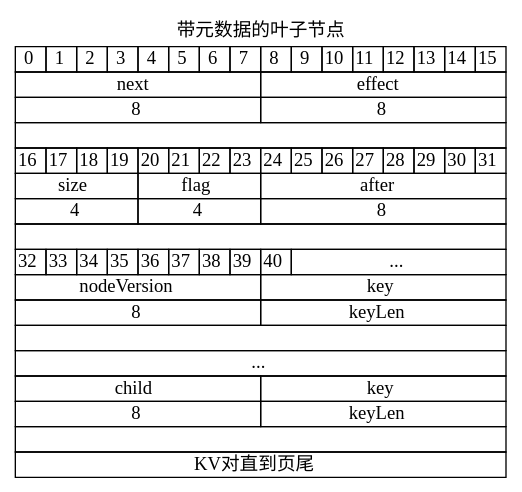
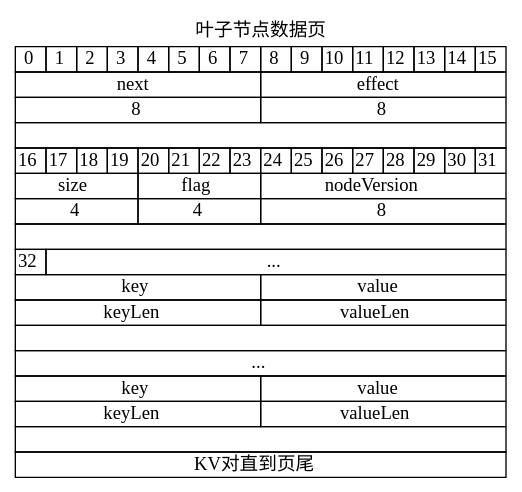
The sixth of 6 diagrams in doc/3-索引存储引擎.md (rectcircle/course-design-DBMS), drawn with Graphviz before and after one commit. The commit also changed other lines of this file and 11 other files, not shown here.

````diff
--- a/doc/3-索引存储引擎.md
+++ b/doc/3-索引存储引擎.md
@@ -661,6 +665,6 @@
 ```dot
 digraph LRUCache {
-  label = "带元数据的叶子节点";
+  label = "叶子节点数据页";
   labelloc = "t"
   node [
     shape="record"
@@ -720,35 +724,27 @@
     <TR>
       <TD COLSPAN="4">size</TD>
       <TD COLSPAN="4">flag</TD>
-      <TD COLSPAN="8">after</TD>
+      <TD COLSPAN="16">nodeVersion</TD>
     </TR>
     <TR>
       <TD COLSPAN="4">4</TD>
       <TD COLSPAN="4">4</TD>
-      <TD COLSPAN="8">8</TD>
+      <TD COLSPAN="16">8</TD>
     </TR>
     <TR>
       <TD COLSPAN="16"> </TD>
     </TR>
     <TR>
       <TD>32</TD>
-      <TD>33</TD>
-      <TD>34</TD>
-      <TD>35</TD>
-      <TD>36</TD>
-      <TD>37</TD>
-      <TD>38</TD>
-      <TD>39</TD>
-      <TD>40</TD>
-      <TD COLSPAN="7">...</TD>
+      <TD COLSPAN="15">...</TD>
     </TR>
     <TR>
-      <TD COLSPAN="8">nodeVersion</TD>
       <TD COLSPAN="8">key</TD>
+      <TD COLSPAN="8">value</TD>
     </TR>
     <TR>
-      <TD COLSPAN="8">8</TD>
       <TD COLSPAN="8">keyLen</TD>
+      <TD COLSPAN="8">valueLen</TD>
     </TR>
     <TR>
       <TD COLSPAN="16"> </TD>
@@ -757,12 +753,12 @@
       <TD COLSPAN="16">...</TD>
     </TR>
     <TR>
-      <TD COLSPAN="8">child</TD>
       <TD COLSPAN="8">key</TD>
+      <TD COLSPAN="8">value</TD>
     </TR>
     <TR>
-      <TD COLSPAN="8">8</TD>
       <TD COLSPAN="8">keyLen</TD>
+      <TD COLSPAN="8">valueLen</TD>
     </TR>
     <TR>
       <TD COLSPAN="16"> </TD>
````
